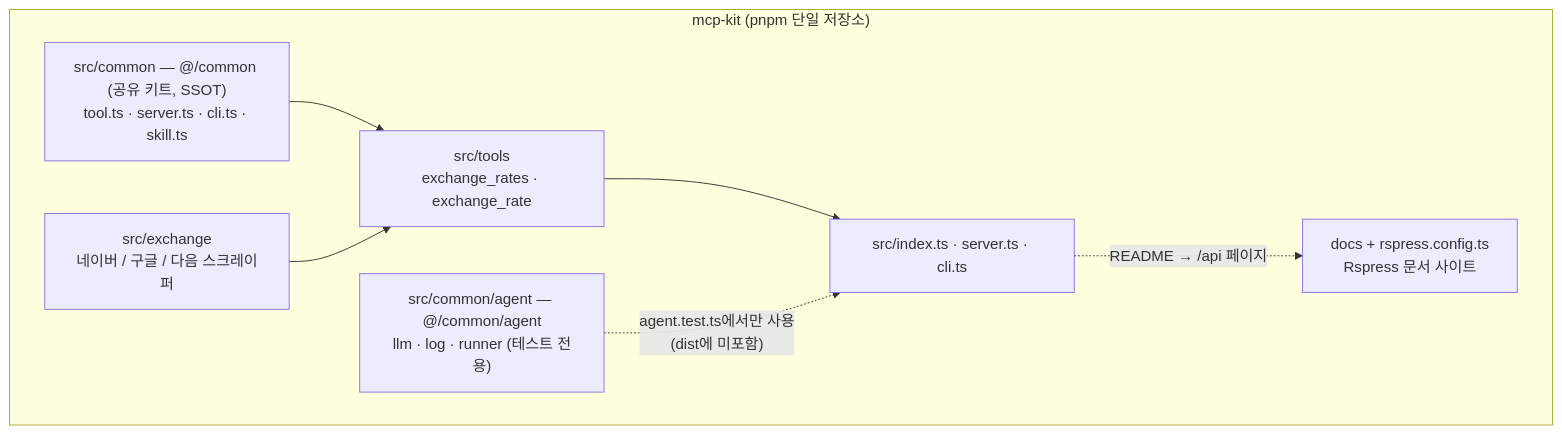
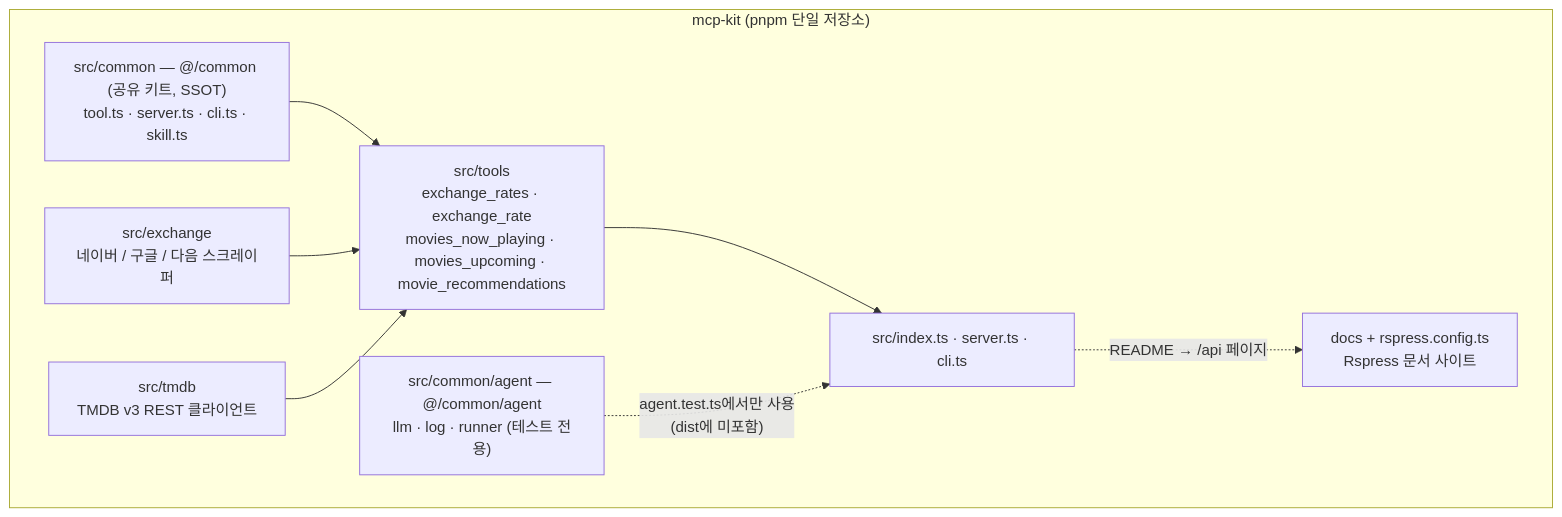
The first of 4 diagrams in docs/ko/03-architecture.md (jl917/mcp-kit), drawn with Mermaid before and after one commit. The commit also changed other lines of this file and 30 other files, not shown here.

````diff
--- a/docs/ko/03-architecture.md
+++ b/docs/ko/03-architecture.md
@@ -122,17 +141,19 @@
 ```mermaid
 graph TD
     subgraph Repo["mcp-kit (pnpm 단일 저장소)"]
         Common["src/common — @/common (공유 키트, SSOT)<br/>tool.ts · server.ts · cli.ts · skill.ts"]
         Agent["src/common/agent — @/common/agent<br/>llm · log · runner (테스트 전용)"]
         Exchange["src/exchange<br/>네이버 / 구글 / 다음 스크레이퍼"]
-        Tools["src/tools<br/>exchange_rates · exchange_rate"]
+        Tmdb["src/tmdb<br/>TMDB v3 REST 클라이언트"]
+        Tools["src/tools<br/>exchange_rates · exchange_rate<br/>movies_now_playing · movies_upcoming · movie_recommendations"]
         Entries["src/index.ts · server.ts · cli.ts"]
         Site["docs + rspress.config.ts<br/>Rspress 문서 사이트"]
     end
 
     Common --> Tools
     Exchange --> Tools
+    Tmdb --> Tools
     Tools --> Entries
     Agent -.->|"agent.test.ts에서만 사용<br/>(dist에 미포함)"| Entries
     Entries -.->|"README → /api 페이지"| Site
 ```
````
